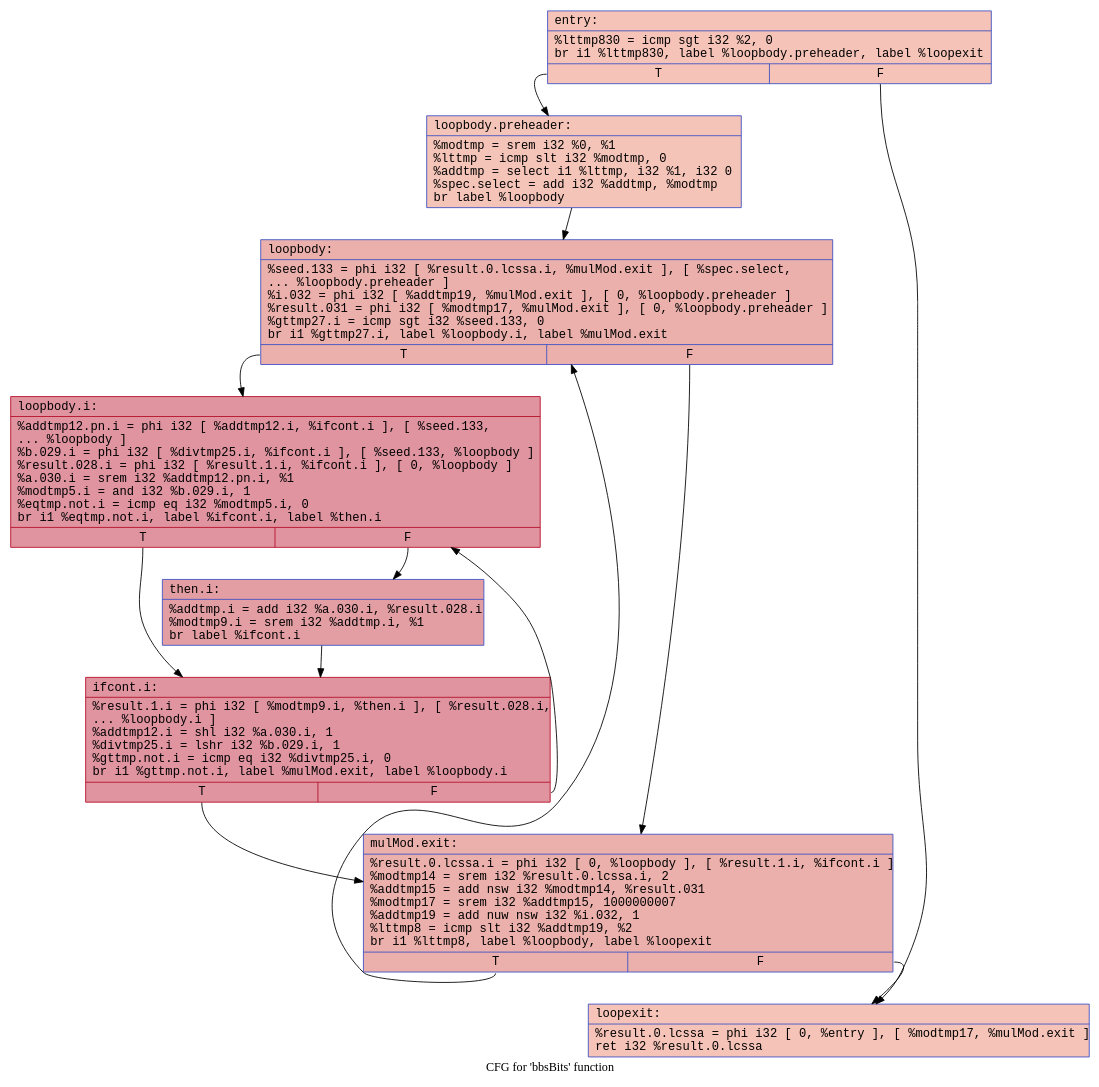
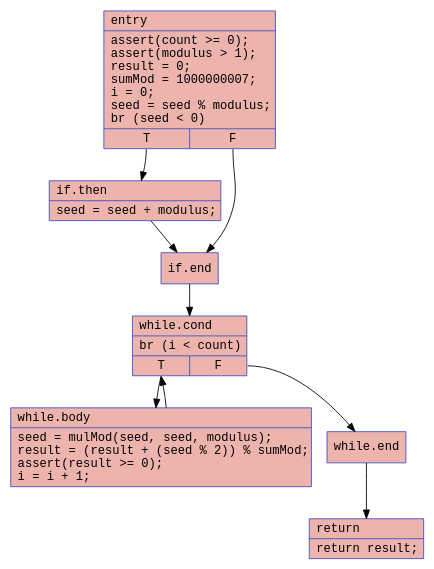
Before and after one commit to twanman1412/blueprintScript: the second of 4 diagrams in examples/bbs_bits/bbs_bits.md, drawn with Graphviz. The commit also changed other lines of this file and 58 other files, not shown here.

````diff
--- a/examples/bbs_bits/bbs_bits.md
+++ b/examples/bbs_bits/bbs_bits.md
@@ -88,26 +37,19 @@
 ```dot
-digraph "CFG for 'bbsBits' function" {
-	label="CFG for 'bbsBits' function";
-
-	Node0x55d8b9dece30 [shape=record,color="#3d50c3ff", style=filled, fillcolor="#e8765c70", fontname="Courier",label="{entry:\l|  %lttmp830 = icmp sgt i32 %2, 0\l  br i1 %lttmp830, label %loopbody.preheader, label %loopexit\l|{<s0>T|<s1>F}}"];
-	Node0x55d8b9dece30:s0 -> Node0x55d8b9dec9a0;
-	Node0x55d8b9dece30:s1 -> Node0x55d8b9deec70;
-	Node0x55d8b9dec9a0 [shape=record,color="#3d50c3ff", style=filled, fillcolor="#e97a5f70", fontname="Courier",label="{loopbody.preheader:\l|  %modtmp = srem i32 %0, %1\l  %lttmp = icmp slt i32 %modtmp, 0\l  %addtmp = select i1 %lttmp, i32 %1, i32 0\l  %spec.select = add i32 %addtmp, %modtmp\l  br label %loopbody\l}"];
-	Node0x55d8b9dec9a0 -> Node0x55d8b9decfd0;
-	Node0x55d8b9decfd0 [shape=record,color="#3d50c3ff", style=filled, fillcolor="#d24b4070", fontname="Courier",label="{loopbody:\l|  %seed.133 = phi i32 [ %result.0.lcssa.i, %mulMod.exit ], [ %spec.select,\l... %loopbody.preheader ]\l  %i.032 = phi i32 [ %addtmp19, %mulMod.exit ], [ 0, %loopbody.preheader ]\l  %result.031 = phi i32 [ %modtmp17, %mulMod.exit ], [ 0, %loopbody.preheader ]\l  %gttmp27.i = icmp sgt i32 %seed.133, 0\l  br i1 %gttmp27.i, label %loopbody.i, label %mulMod.exit\l|{<s0>T|<s1>F}}"];
-	Node0x55d8b9decfd0:s0 -> Node0x55d8b9def780;
-	Node0x55d8b9decfd0:s1 -> Node0x55d8b9def0b0;
-	Node0x55d8b9def780 [shape=record,color="#b70d28ff", style=filled, fillcolor="#b70d2870", fontname="Courier",label="{loopbody.i:\l|  %addtmp12.pn.i = phi i32 [ %addtmp12.i, %ifcont.i ], [ %seed.133,\l... %loopbody ]\l  %b.029.i = phi i32 [ %divtmp25.i, %ifcont.i ], [ %seed.133, %loopbody ]\l  %result.028.i = phi i32 [ %result.1.i, %ifcont.i ], [ 0, %loopbody ]\l  %a.030.i = srem i32 %addtmp12.pn.i, %1\l  %modtmp5.i = and i32 %b.029.i, 1\l  %eqtmp.not.i = icmp eq i32 %modtmp5.i, 0\l  br i1 %eqtmp.not.i, label %ifcont.i, label %then.i\l|{<s0>T|<s1>F}}"];
-	Node0x55d8b9def780:s0 -> Node0x55d8b9def980;
-	Node0x55d8b9def780:s1 -> Node0x55d8b9df07d0;
-	Node0x55d8b9df07d0 [shape=record,color="#3d50c3ff", style=filled, fillcolor="#be242e70", fontname="Courier",label="{then.i:\l|  %addtmp.i = add i32 %a.030.i, %result.028.i\l  %modtmp9.i = srem i32 %addtmp.i, %1\l  br label %ifcont.i\l}"];
-	Node0x55d8b9df07d0 -> Node0x55d8b9def980;
-	Node0x55d8b9def980 [shape=record,color="#b70d28ff", style=filled, fillcolor="#b70d2870", fontname="Courier",label="{ifcont.i:\l|  %result.1.i = phi i32 [ %modtmp9.i, %then.i ], [ %result.028.i,\l... %loopbody.i ]\l  %addtmp12.i = shl i32 %a.030.i, 1\l  %divtmp25.i = lshr i32 %b.029.i, 1\l  %gttmp.not.i = icmp eq i32 %divtmp25.i, 0\l  br i1 %gttmp.not.i, label %mulMod.exit, label %loopbody.i\l|{<s0>T|<s1>F}}"];
-	Node0x55d8b9def980:s0 -> Node0x55d8b9def0b0;
-	Node0x55d8b9def980:s1 -> Node0x55d8b9def780;
-	Node0x55d8b9def0b0 [shape=record,color="#3d50c3ff", style=filled, fillcolor="#d24b4070", fontname="Courier",label="{mulMod.exit:\l|  %result.0.lcssa.i = phi i32 [ 0, %loopbody ], [ %result.1.i, %ifcont.i ]\l  %modtmp14 = srem i32 %result.0.lcssa.i, 2\l  %addtmp15 = add nsw i32 %modtmp14, %result.031\l  %modtmp17 = srem i32 %addtmp15, 1000000007\l  %addtmp19 = add nuw nsw i32 %i.032, 1\l  %lttmp8 = icmp slt i32 %addtmp19, %2\l  br i1 %lttmp8, label %loopbody, label %loopexit\l|{<s0>T|<s1>F}}"];
-	Node0x55d8b9def0b0:s0 -> Node0x55d8b9decfd0;
-	Node0x55d8b9def0b0:s1 -> Node0x55d8b9deec70;
-	Node0x55d8b9deec70 [shape=record,color="#3d50c3ff", style=filled, fillcolor="#e8765c70", fontname="Courier",label="{loopexit:\l|  %result.0.lcssa = phi i32 [ 0, %entry ], [ %modtmp17, %mulMod.exit ]\l  ret i32 %result.0.lcssa\l}"];
+digraph "CFG for bbsBits" {
+	entry [shape=record, color="#3d50c3ff", style=filled, fillcolor="#d6524470", fontname="Courier", label="{entry\l|assert(count \>= 0);\lassert(modulus \> 1);\lresult = 0;\lsumMod = 1000000007;\li = 0;\lseed = seed % modulus;\lbr (seed \< 0)\l|{<s0>T|<s1>F}}"];
+    entry:s0 -> if_then;
+    entry:s1 -> if_end;
+    if_then [shape=record, color="#3d50c3ff", style=filled, fillcolor="#d6524470", fontname="Courier", label="{if.then\l|seed = seed + modulus;\l}"];
+    if_then -> if_end;
+    if_end [shape=record, color="#3d50c3ff", style=filled, fillcolor="#d6524470", fontname="Courier", label="{if.end}"];
+    if_end -> while_cond;
+    while_cond [shape=record, color="#3d50c3ff", style=filled, fillcolor="#d6524470", fontname="Courier", label="{while.cond\l|br (i \< count)\l|{<s0>T|<s1>F}}"];
+    while_cond:s0 -> while_body;
+    while_cond:s1 -> while_end;
+    while_body [shape=record, color="#3d50c3ff", style=filled, fillcolor="#d6524470", fontname="Courier", label="{while.body\l|seed = mulMod(seed, seed, modulus);\lresult = (result + (seed % 2)) % sumMod;\lassert(result \>= 0);\li = i + 1;\l}"];
+    while_body -> while_cond;
+    while_end [shape=record, color="#3d50c3ff", style=filled, fillcolor="#d6524470", fontname="Courier", label="{while.end}"];
+    while_end -> ret;
+    ret [shape=record, color="#3d50c3ff", style=filled, fillcolor="#d6524470", fontname="Courier", label="{return\l|return result;\l}"];
 }
 ```
````
